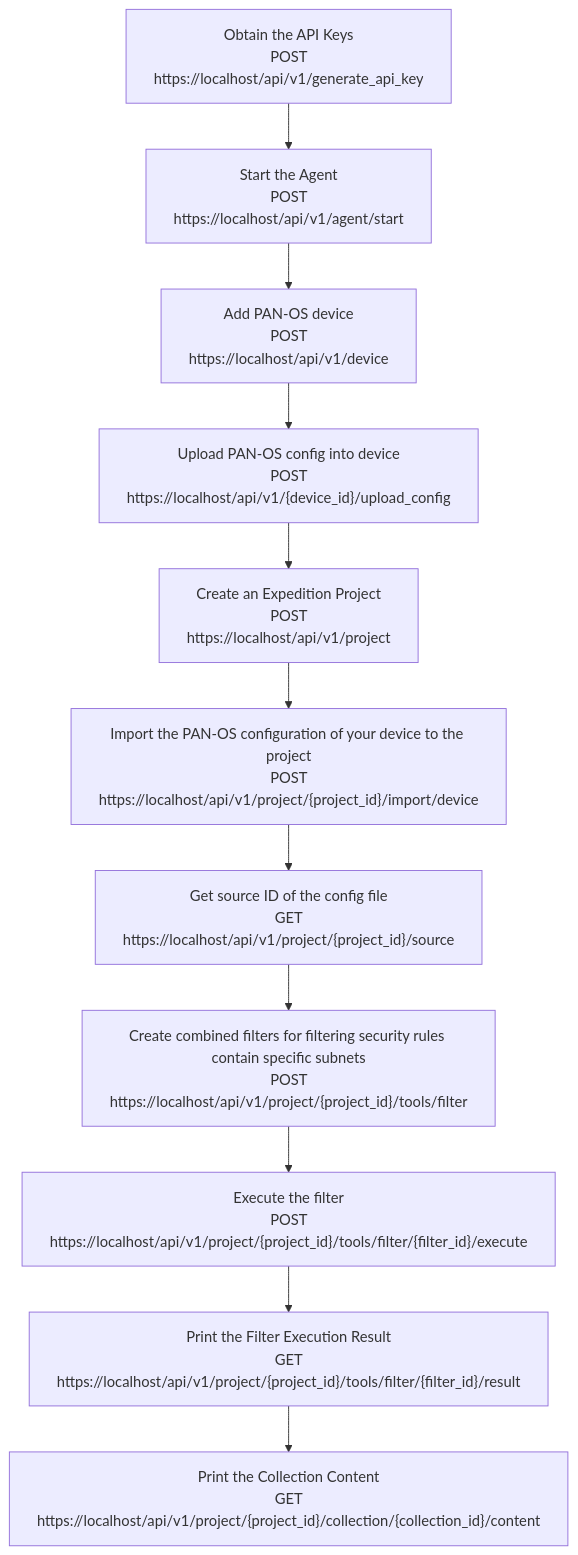
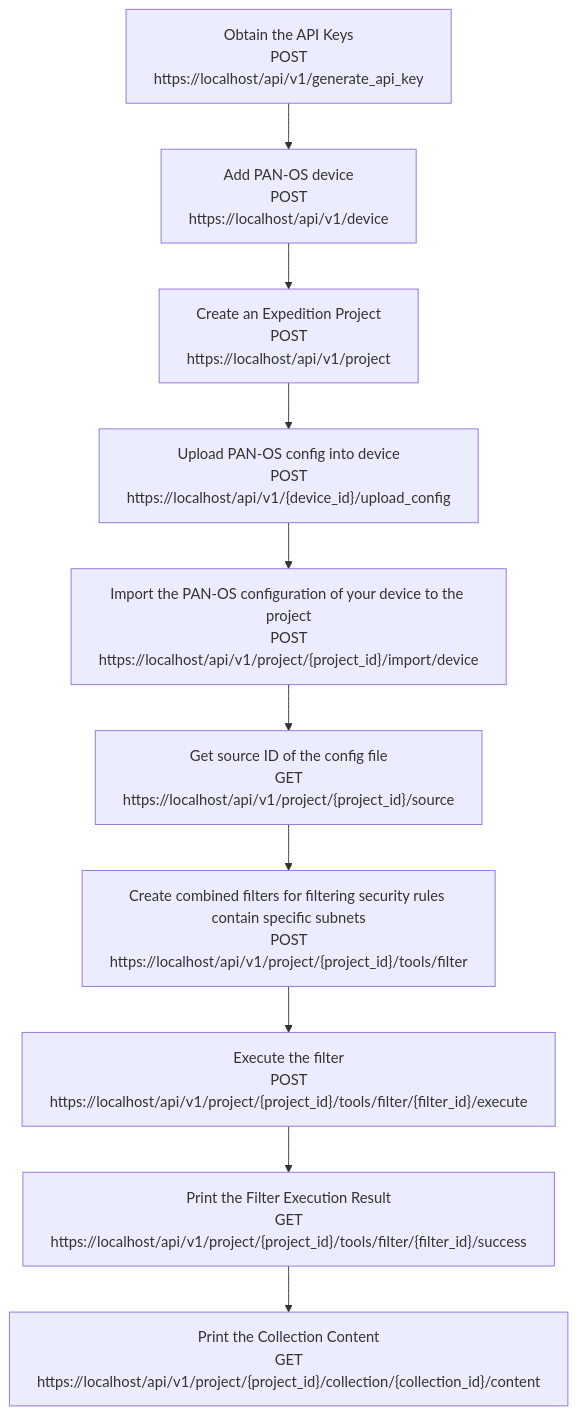
Before and after one commit to PaloAltoNetworks/pan.dev: the diagram in products/expedition/docs/expedition_workflow_searchrule.md, drawn with Mermaid. The commit also changed other lines of this file and 5 other files, not shown here.

````diff
--- a/products/expedition/docs/expedition_workflow_searchrule.md
+++ b/products/expedition/docs/expedition_workflow_searchrule.md
@@ -39,15 +39,13 @@
 ```mermaid
 flowchart TB
-    A[Obtain the API Keys<br/> POST https://localhost/api/v1/generate_api_key ] --> B[Start the Agent<br/> POST https://localhost/api/v1/agent/start]
-    B[Start the Agent<br/> POST https://localhost/api/v1/agent/start]  --> C[Add PAN-OS device<br/> POST https://localhost/api/v1/device]
-    C[Add PAN-OS device<br/> POST https://localhost/api/v1/device]  --> D["Upload PAN-OS config into device<br/> POST https://localhost/api/v1/{device_id}/upload_config"]
-    D["Upload PAN-OS config into device<br/> POST https://localhost/api/v1/{device_id}/upload_config"]--> E[Create an Expedition Project<br/> POST https://localhost/api/v1/project]
-    E[Create an Expedition Project<br/> POST https://localhost/api/v1/project] --> F["Import the PAN-OS configuration of your device to the project<br/> POST https://localhost/api/v1/project/{project_id}/import/device"]
-    F["Import the PAN-OS configuration of your device to the project<br/> POST https://localhost/api/v1/project/{project_id}/import/device"] --> G["Get source ID of the config file<br/> GET https://localhost/api/v1/project/{project_id}/source"]
-    G["Get source ID of the config file<br/> GET https://localhost/api/v1/project/{project_id}/source"]--> H["Create combined filters for filtering security rules contain specific subnets<br/> POST https://localhost/api/v1/project/{project_id}/tools/filter"]
-    H["Create combined filters for filtering security rules contain specific subnets<br/> POST https://localhost/api/v1/project/{project_id}/tools/filter"] --> I["Execute the filter<br/> POST https://localhost/api/v1/project/{project_id}/tools/filter/{filter_id}/execute"]
-    I["Execute the filter<br/> POST https://localhost/api/v1/project/{project_id}/tools/filter/{filter_id}/execute"] --> J["Print the Filter Execution Result<br/> GET https://localhost/api/v1/project/{project_id}/tools/filter/{filter_id}/result"]
-    J["Print the Filter Execution Result<br/> GET https://localhost/api/v1/project/{project_id}/tools/filter/{filter_id}/result"] --> K["Print the Collection Content<br/> GET https://localhost/api/v1/project/{project_id}/collection/{collection_id}/content"]
-    K["Print the Collection Content<br/> GET https://localhost/api/v1/project/{project_id}/collection/{collection_id}/content"]
+    A[Obtain the API Keys<br/> POST https://localhost/api/v1/generate_api_key ] --> B[Add PAN-OS device<br/> POST https://localhost/api/v1/device]
+    B[Add PAN-OS device<br/> POST https://localhost/api/v1/device]  --> C["Create an Expedition Project<br/> POST https://localhost/api/v1/project" ]
+    C["Create an Expedition Project<br/> POST https://localhost/api/v1/project" ] --> D["Upload PAN-OS config into device<br/> POST https://localhost/api/v1/{device_id}/upload_config" ]
+    D["Upload PAN-OS config into device<br/> POST https://localhost/api/v1/{device_id}/upload_config"] --> E["Import the PAN-OS configuration of your device to the project<br/> POST https://localhost/api/v1/project/{project_id}/import/device"]
+    E["Import the PAN-OS configuration of your device to the project<br/> POST https://localhost/api/v1/project/{project_id}/import/device"] --> F["Get source ID of the config file<br/> GET https://localhost/api/v1/project/{project_id}/source"]
+    F["Get source ID of the config file<br/> GET https://localhost/api/v1/project/{project_id}/source"]--> G["Create combined filters for filtering security rules contain specific subnets<br/> POST https://localhost/api/v1/project/{project_id}/tools/filter"]
+    G["Create combined filters for filtering security rules contain specific subnets<br/> POST https://localhost/api/v1/project/{project_id}/tools/filter"] --> H["Execute the filter<br/> POST https://localhost/api/v1/project/{project_id}/tools/filter/{filter_id}/execute"]
+    H["Execute the filter<br/> POST https://localhost/api/v1/project/{project_id}/tools/filter/{filter_id}/execute"] --> I["Print the Filter Execution Result<br/> GET https://localhost/api/v1/project/{project_id}/tools/filter/{filter_id}/success"]
+    I["Print the Filter Execution Result<br/> GET https://localhost/api/v1/project/{project_id}/tools/filter/{filter_id}/success"] --> J["Print the Collection Content<br/> GET https://localhost/api/v1/project/{project_id}/collection/{collection_id}/content"]
 
-```
+```  
````
